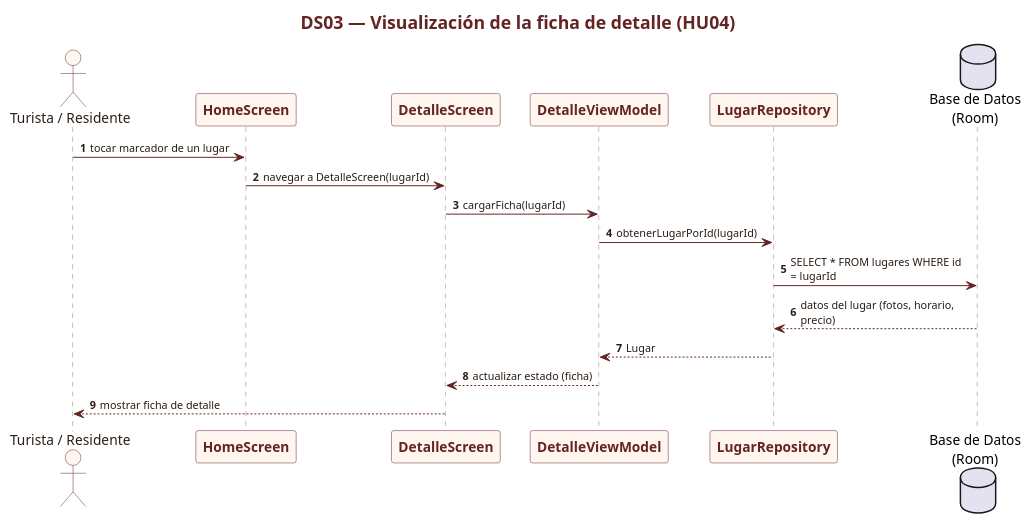
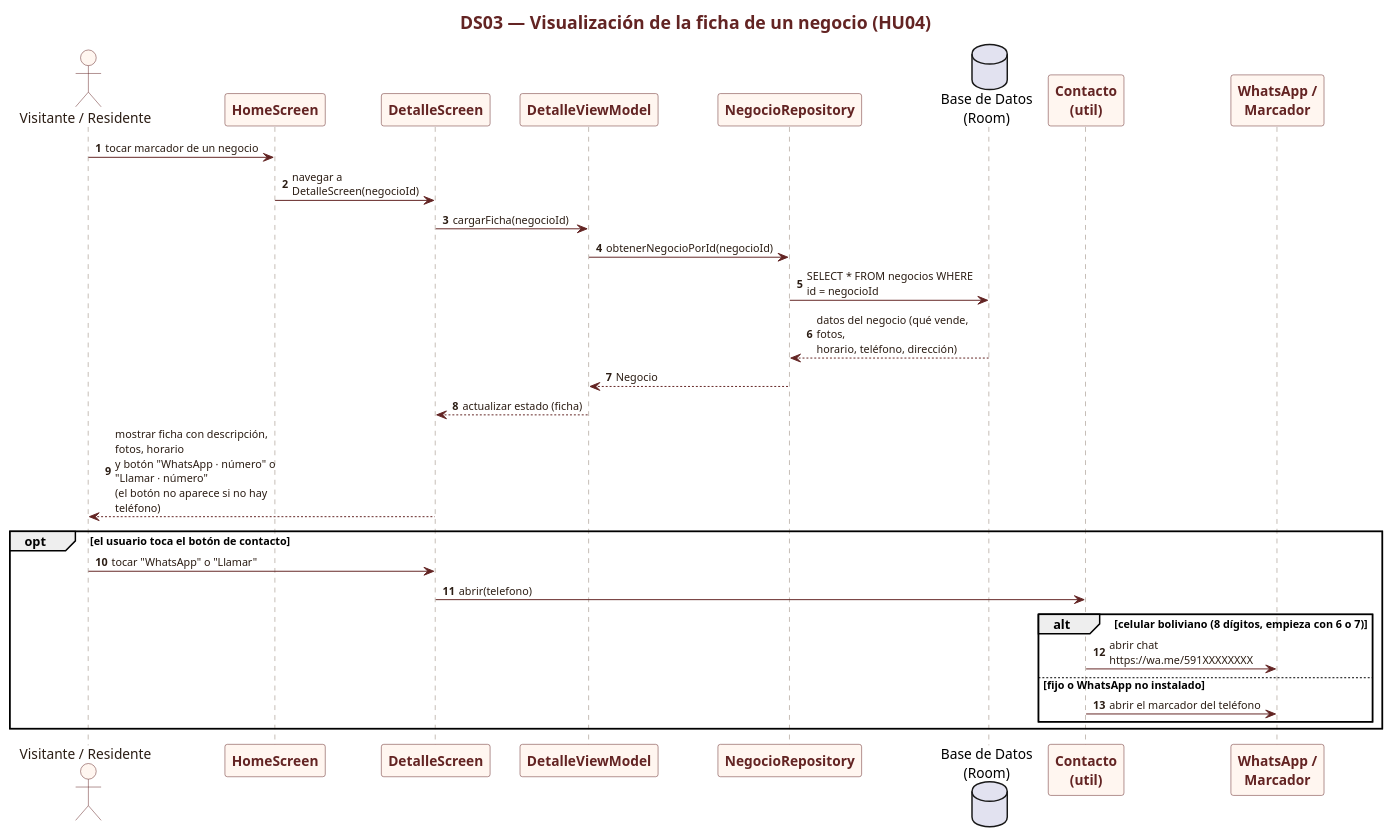
The diagram in diagrams/S1_DS03_Ficha_Detalle.puml (chelingo1994/LuciDan), drawn with PlantUML before and after one commit. The commit also changed 197 other files, not shown here.

```diff
--- a/diagrams/S1_DS03_Ficha_Detalle.puml
+++ b/diagrams/S1_DS03_Ficha_Detalle.puml
@@ -1,54 +1,66 @@
 @startuml
 
 skinparam backgroundColor white
 skinparam shadowing false
 skinparam defaultFontName Arial
 skinparam maxMessageSize 180
 skinparam sequenceArrowThickness 1
 skinparam ArrowColor #632423
 skinparam ArrowFontColor #2B1D14
 skinparam ArrowFontSize 11
 skinparam sequence {
   ActorBorderColor #632423
   ActorBackgroundColor #FFF6F0
   ActorFontColor #2B1D14
   ParticipantBorderColor #632423
   ParticipantBackgroundColor #FFF6F0
   ParticipantFontColor #632423
   ParticipantFontStyle bold
   LifeLineBorderColor #8A7A6C
   LifeLineBackgroundColor #FFF6F0
   BoxBorderColor #632423
   BoxFontColor #632423
   BoxBackgroundColor #FFF9F5
   DividerBorderColor #632423
   DividerBackgroundColor #F2E4DE
   DividerFontColor #632423
 }
 skinparam titleFontColor #632423
 skinparam titleFontSize 18
 skinparam titleFontStyle bold
 skinparam noteBackgroundColor #FFF9E8
 skinparam noteBorderColor #8A7A6C
 
 
-title DS03 — Visualización de la ficha de detalle (HU04)
+title DS03 — Visualización de la ficha de un negocio (HU04)
 autonumber
-actor "Turista / Residente" as U
+actor "Visitante / Residente" as U
 participant "HomeScreen" as UI1
 participant "DetalleScreen" as UI2
 participant "DetalleViewModel" as VM
-participant "LugarRepository" as REPO
+participant "NegocioRepository" as REPO
 database "Base de Datos\n(Room)" as DB
+participant "Contacto\n(util)" as CTC
+participant "WhatsApp /\nMarcador" as EXT
 
-U -> UI1 : tocar marcador de un lugar
-UI1 -> UI2 : navegar a DetalleScreen(lugarId)
-UI2 -> VM : cargarFicha(lugarId)
-VM -> REPO : obtenerLugarPorId(lugarId)
-REPO -> DB : SELECT * FROM lugares WHERE id = lugarId
-DB --> REPO : datos del lugar (fotos, horario, precio)
-REPO --> VM : Lugar
+U -> UI1 : tocar marcador de un negocio
+UI1 -> UI2 : navegar a DetalleScreen(negocioId)
+UI2 -> VM : cargarFicha(negocioId)
+VM -> REPO : obtenerNegocioPorId(negocioId)
+REPO -> DB : SELECT * FROM negocios WHERE id = negocioId
+DB --> REPO : datos del negocio (qué vende, fotos,\nhorario, teléfono, dirección)
+REPO --> VM : Negocio
 VM --> UI2 : actualizar estado (ficha)
-UI2 --> U : mostrar ficha de detalle
+UI2 --> U : mostrar ficha con descripción, fotos, horario\ny botón "WhatsApp · número" o "Llamar · número"\n(el botón no aparece si no hay teléfono)
+
+opt el usuario toca el botón de contacto
+  U -> UI2 : tocar "WhatsApp" o "Llamar"
+  UI2 -> CTC : abrir(telefono)
+  alt celular boliviano (8 dígitos, empieza con 6 o 7)
+    CTC -> EXT : abrir chat https://wa.me/591XXXXXXXX
+  else fijo o WhatsApp no instalado
+    CTC -> EXT : abrir el marcador del teléfono
+  end
+end
 
 @enduml
```
